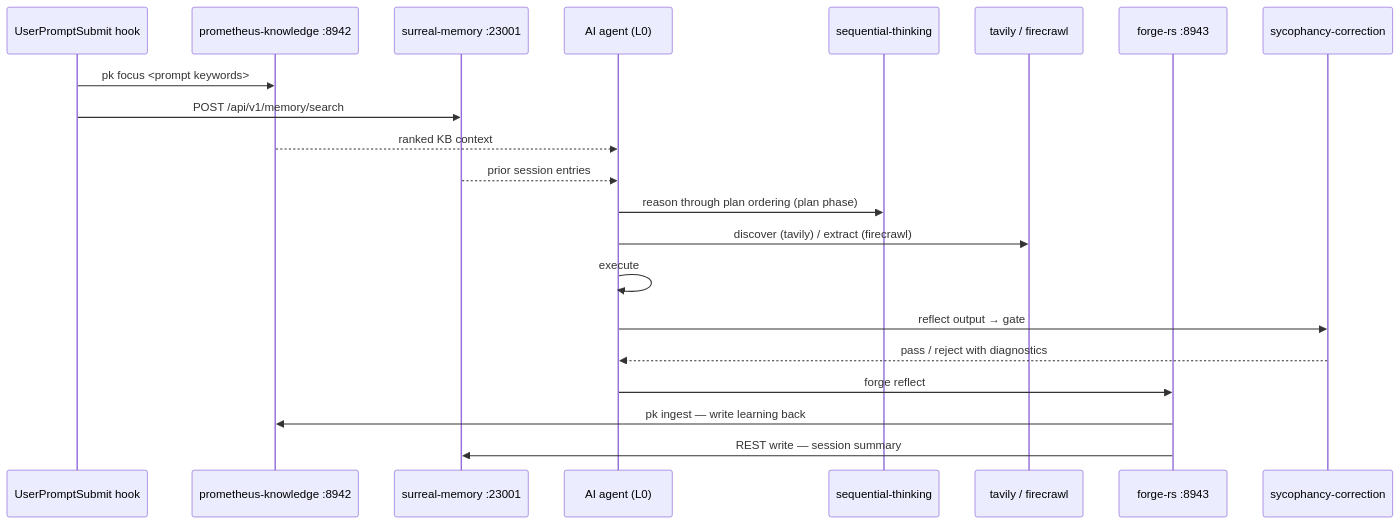
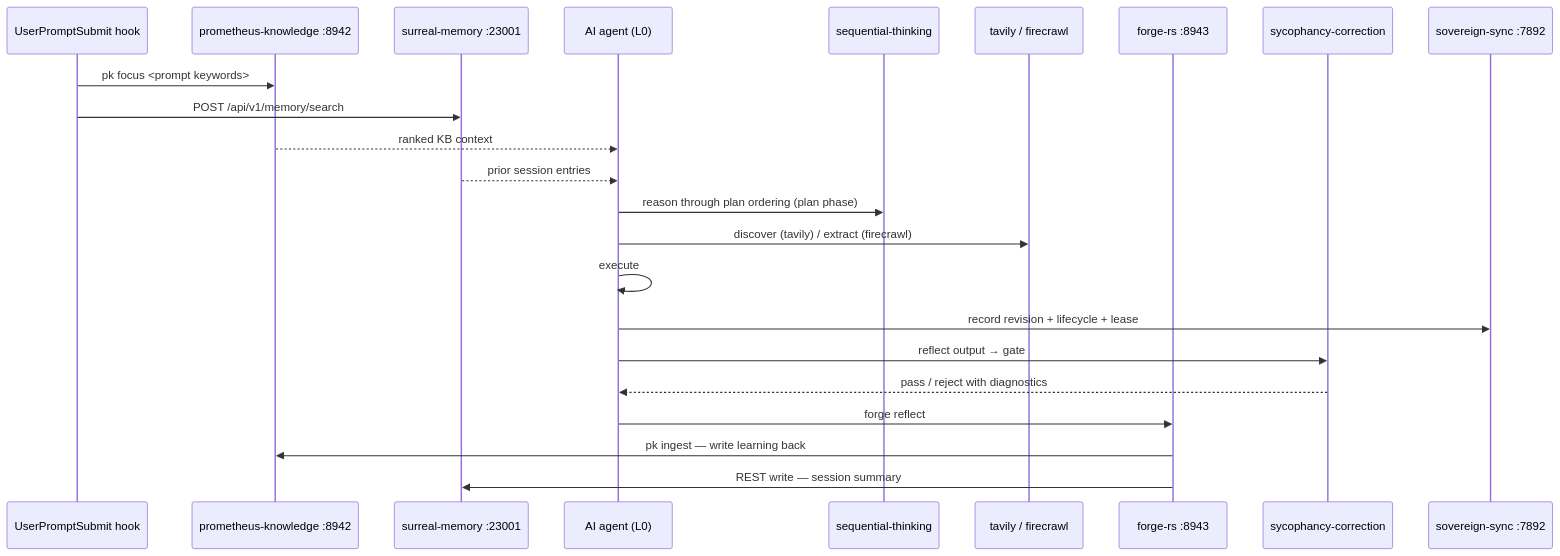
Before and after one commit to Prometheus-AGS/prometheus-skill-system: the first of 2 diagrams in docs/guide/05-mcp-substrate.md, drawn with Mermaid. The commit also changed other lines of this file and 24 other files, not shown here.

````diff
--- a/docs/guide/05-mcp-substrate.md
+++ b/docs/guide/05-mcp-substrate.md
@@ -28,24 +29,26 @@
 ```mermaid
 sequenceDiagram
     participant Hook as UserPromptSubmit hook
     participant PK as prometheus-knowledge :8942
     participant Mem as surreal-memory :23001
     participant Agent as AI agent (L0)
     participant Think as sequential-thinking
     participant Web as tavily / firecrawl
     participant Forge as forge-rs :8943
     participant Syco as sycophancy-correction
+    participant Sync as sovereign-sync :7892
 
     Hook->>PK: pk focus <prompt keywords>
     Hook->>Mem: POST /api/v1/memory/search
     PK-->>Agent: ranked KB context
     Mem-->>Agent: prior session entries
     Agent->>Think: reason through plan ordering (plan phase)
     Agent->>Web: discover (tavily) / extract (firecrawl)
     Agent->>Agent: execute
+    Agent->>Sync: record revision + lifecycle + lease
     Agent->>Syco: reflect output → gate
     Syco-->>Agent: pass / reject with diagnostics
     Agent->>Forge: forge reflect
     Forge->>PK: pk ingest — write learning back
     Forge->>Mem: REST write — session summary
 ```
````
